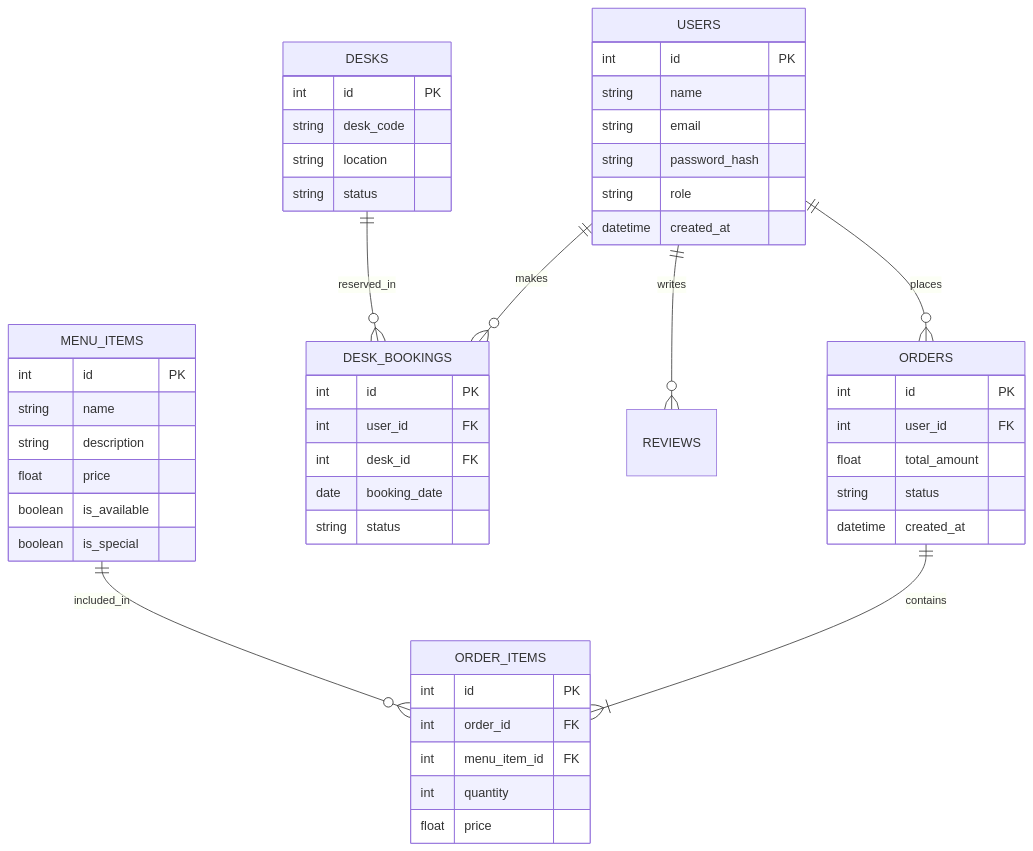
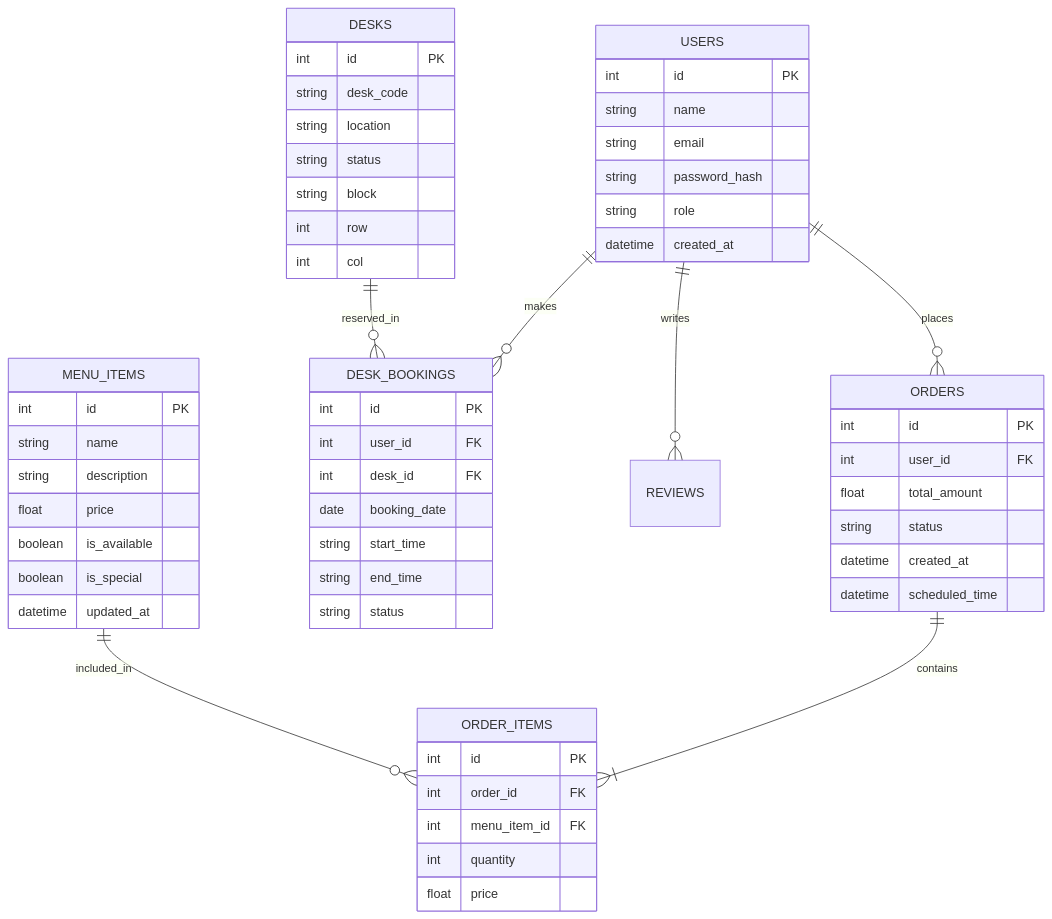
The diagram in README.md (AakankshaVora/Cafeteria_management-desk_booking-), drawn with Mermaid before and after one commit. The commit also changed other lines of this file, not shown here.

````diff
--- a/README.md
+++ b/README.md
@@ -131,60 +135,67 @@
 ```mermaid
 erDiagram
     USERS ||--o{ ORDERS : places
     USERS ||--o{ DESK_BOOKINGS : makes
     USERS ||--o{ REVIEWS : writes
     
     ORDERS ||--|{ ORDER_ITEMS : contains
     MENU_ITEMS ||--o{ ORDER_ITEMS : included_in
     
     DESKS ||--o{ DESK_BOOKINGS : reserved_in
 
     USERS {
         int id PK
         string name
         string email
         string password_hash
         string role
         datetime created_at
     }
 
     MENU_ITEMS {
         int id PK
         string name
         string description
         float price
         boolean is_available
         boolean is_special
+        datetime updated_at
     }
 
     ORDERS {
         int id PK
         int user_id FK
         float total_amount
         string status
         datetime created_at
+        datetime scheduled_time
     }
 
     ORDER_ITEMS {
         int id PK
         int order_id FK
         int menu_item_id FK
         int quantity
         float price
     }
 
     DESKS {
         int id PK
         string desk_code
         string location
         string status
+        string block
+        int row
+        int col
     }
 
     DESK_BOOKINGS {
         int id PK
         int user_id FK
         int desk_id FK
         date booking_date
+        string start_time
+        string end_time
         string status
     }
 ```
````
